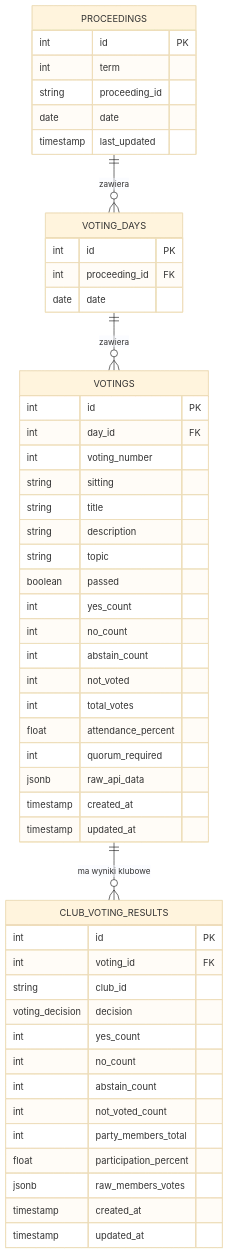
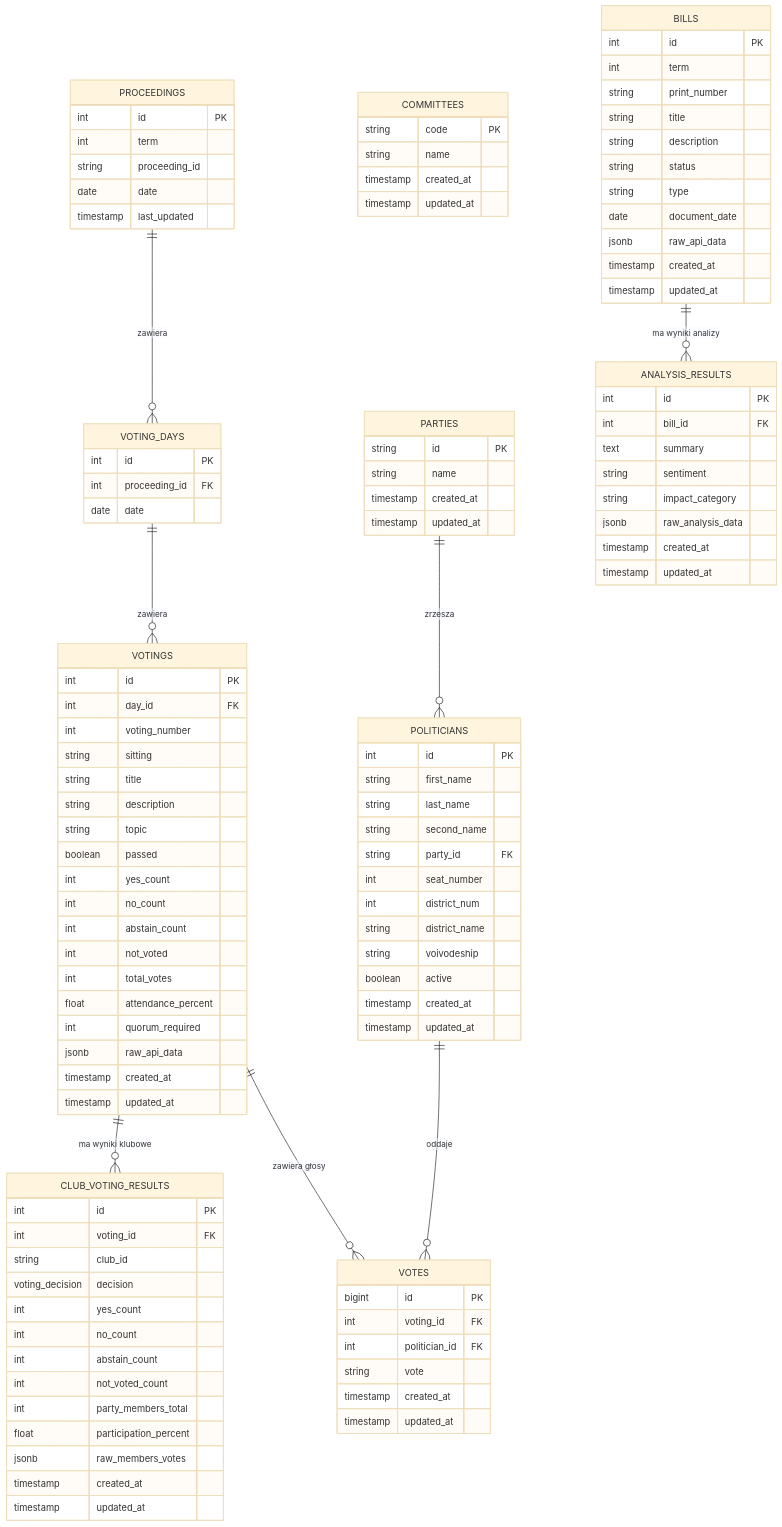
Before and after one commit to Szymon110903/CivicTechSejm: the diagram in docs/database.md, drawn with Mermaid (base theme). The commit also changed other lines of this file and 13 other files, not shown here.

Commit message:
database schema

````diff
--- a/docs/database.md
+++ b/docs/database.md
@@ -66,8 +66,69 @@
         timestamp created_at
         timestamp updated_at
     }
+    PARTIES {
+        string id PK
+        string name
+        timestamp created_at
+        timestamp updated_at
+    }
+    POLITICIANS {
+        int id PK
+        string first_name
+        string last_name
+        string second_name
+        string party_id FK
+        int seat_number
+        int district_num
+        string district_name
+        string voivodeship
+        boolean active
+        timestamp created_at
+        timestamp updated_at
+    }
+    COMMITTEES {
+        string code PK
+        string name
+        timestamp created_at
+        timestamp updated_at
+    }
+    BILLS {
+        int id PK
+        int term
+        string print_number
+        string title
+        string description
+        string status
+        string type
+        date document_date
+        jsonb raw_api_data
+        timestamp created_at
+        timestamp updated_at
+    }
+    ANALYSIS_RESULTS {
+        int id PK
+        int bill_id FK
+        text summary
+        string sentiment
+        string impact_category
+        jsonb raw_analysis_data
+        timestamp created_at
+        timestamp updated_at
+    }
+    VOTES {
+        bigint id PK
+        int voting_id FK
+        int politician_id FK
+        string vote
+        timestamp created_at
+        timestamp updated_at
+    }
 
     PROCEEDINGS ||--o{ VOTING_DAYS : "zawiera"
     VOTING_DAYS ||--o{ VOTINGS : "zawiera"
     VOTINGS ||--o{ CLUB_VOTING_RESULTS : "ma wyniki klubowe"
+    VOTINGS ||--o{ VOTES : "zawiera głosy"
+    POLITICIANS ||--o{ VOTES : "oddaje"
+    PARTIES ||--o{ POLITICIANS : "zrzesza"
+    BILLS ||--o{ ANALYSIS_RESULTS : "ma wyniki analizy"
 ```
````
